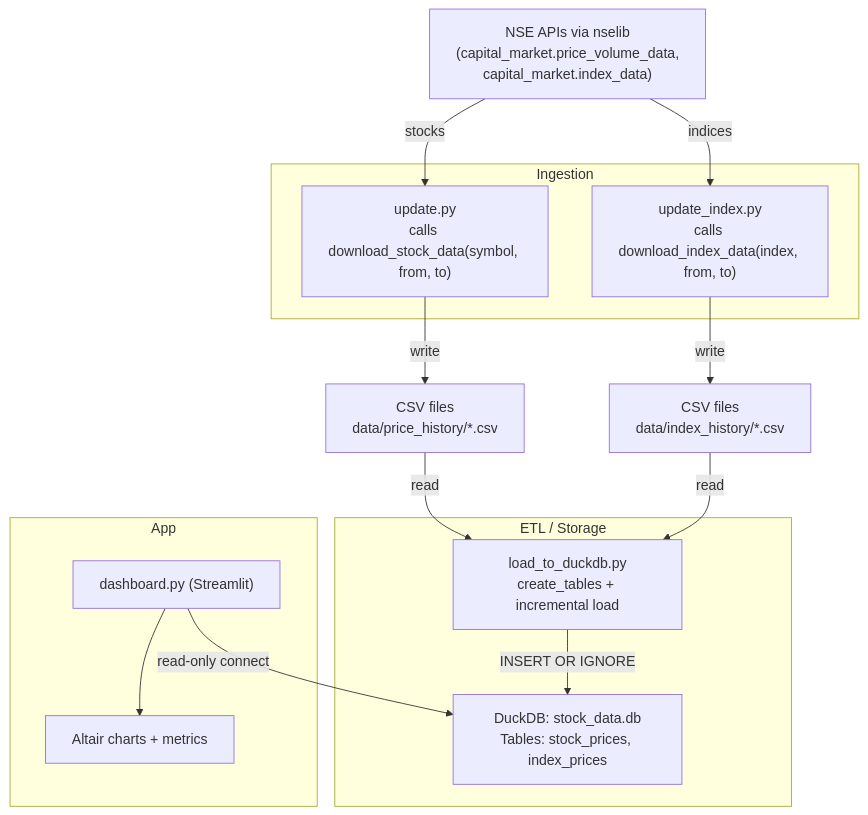
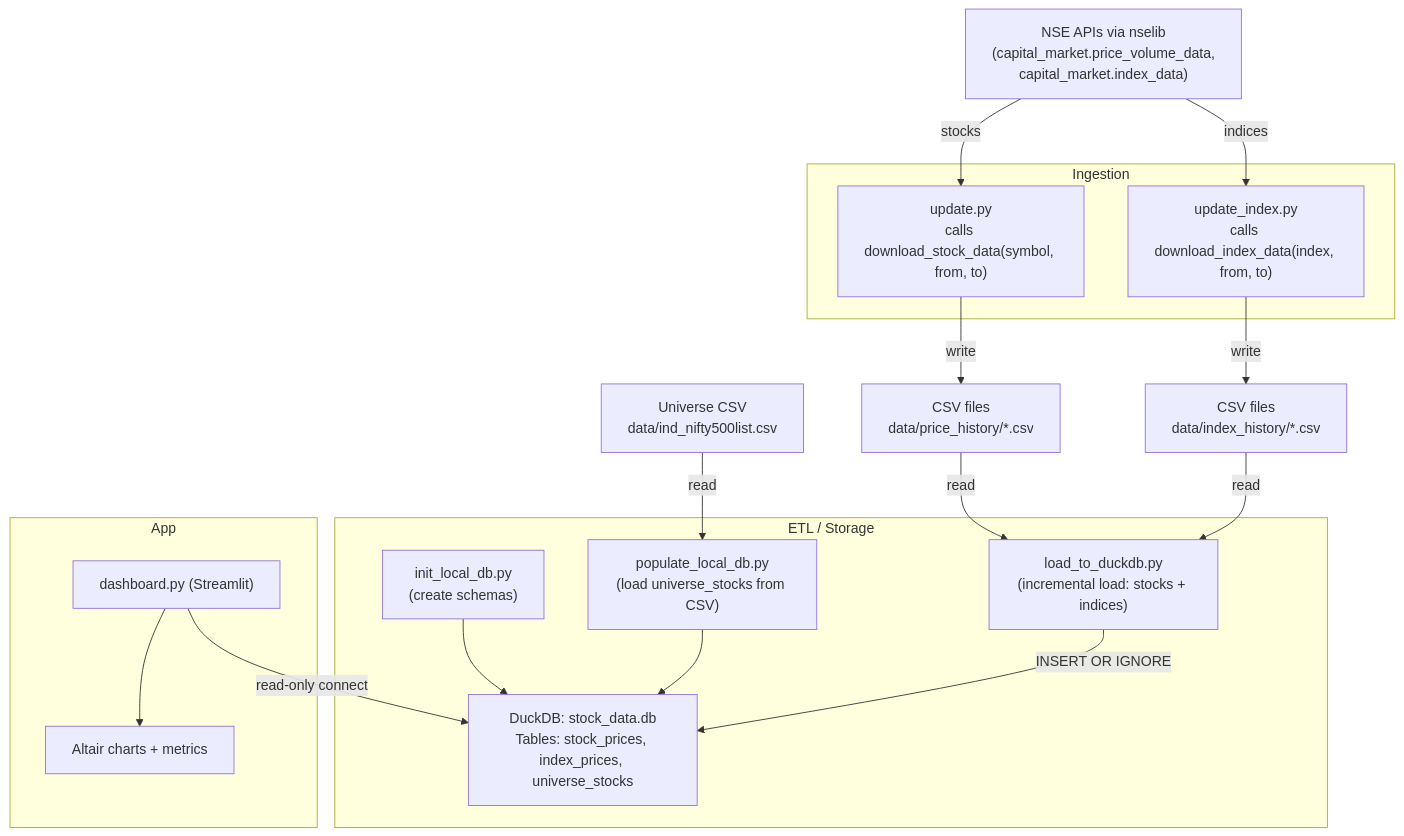
Before and after one commit to shayanrc/stockdash: the diagram in ARCHITECTURE.md, drawn with Mermaid. The commit also changed other lines of this file, not shown here.

Commit message:
Update architecturee doc

````diff
--- a/ARCHITECTURE.md
+++ b/ARCHITECTURE.md
@@ -7,35 +7,43 @@
 ```mermaid
 graph TD
   A["NSE APIs via nselib<br/>(capital_market.price_volume_data,<br/>capital_market.index_data)"]
 
   subgraph Ingestion
     B1["update.py<br/>calls download_stock_data(symbol, from, to)"]
     B2["update_index.py<br/>calls download_index_data(index, from, to)"]
   end
 
   C1["CSV files<br/>data/price_history/*.csv"]
   C2["CSV files<br/>data/index_history/*.csv"]
+  C0["Universe CSV<br/>data/ind_nifty500list.csv"]
 
   subgraph ETL / Storage
-    D["load_to_duckdb.py<br/>create_tables + incremental load"]
-    E["DuckDB: stock_data.db<br/>Tables: stock_prices, index_prices"]
+    D0["init_local_db.py<br/>(create schemas)"]
+    D1["populate_local_db.py<br/>(load universe_stocks from CSV)"]
+    D2["load_to_duckdb.py<br/>(incremental load: stocks + indices)"]
+    E["DuckDB: stock_data.db<br/>Tables: stock_prices, index_prices, universe_stocks"]
   end
 
   subgraph App
     F["dashboard.py (Streamlit)"]
     G["Altair charts + metrics"]
   end
 
   A -->|"stocks"| B1
   A -->|"indices"| B2
 
   B1 -->|"write"| C1
   B2 -->|"write"| C2
 
-  C1 -->|"read"| D
-  C2 -->|"read"| D
-  D -->|"INSERT OR IGNORE"| E
+  C1 -->|"read"| D2
+  C2 -->|"read"| D2
+
+  C0 -->|"read"| D1
+
+  D0 --> E
+  D1 --> E
+  D2 -->|"INSERT OR IGNORE"| E
 
   F -->|"read-only connect"| E
   F --> G
 ```
````
